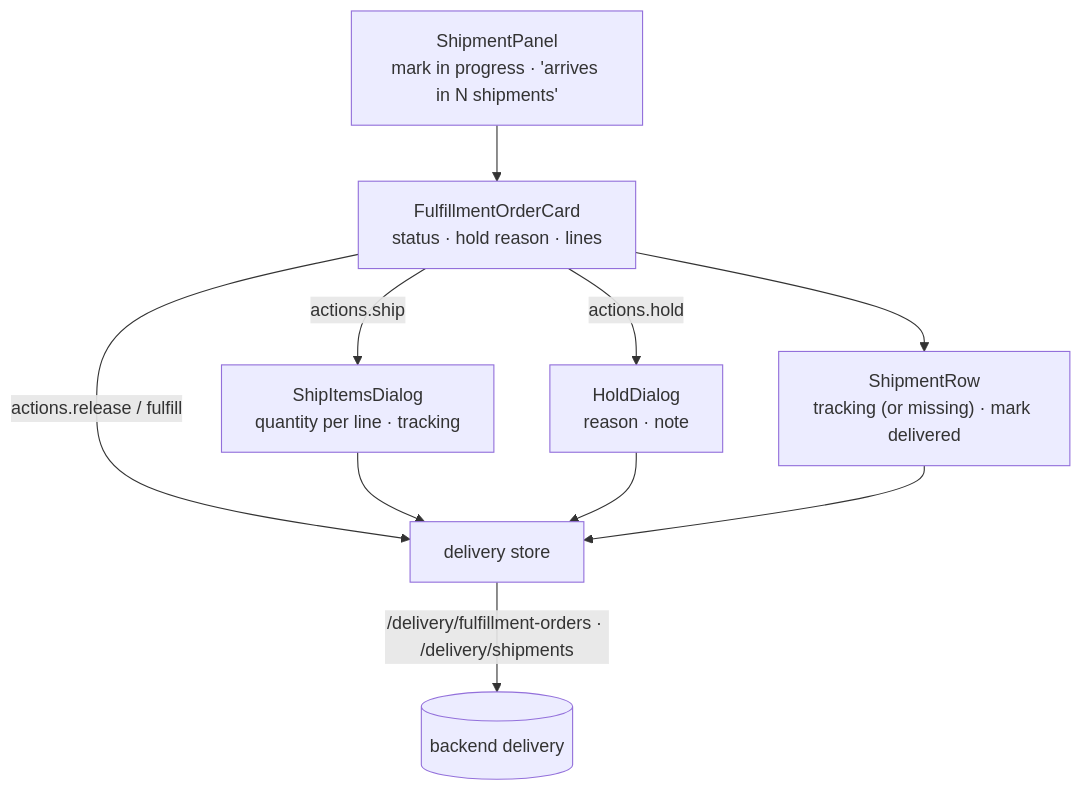
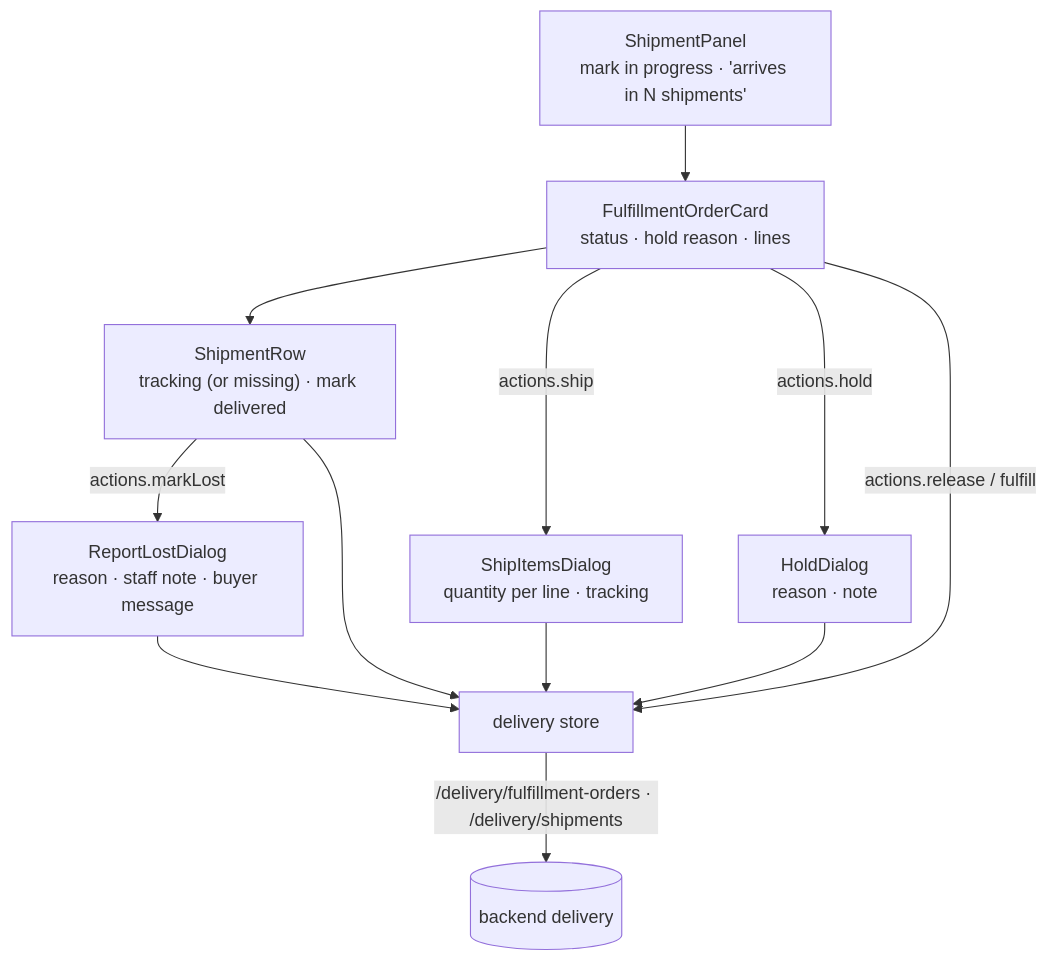
One commit to Guebbit/boilerplate-vue-frontend changed the diagram in docs/modules/delivery.md. Above: the diagram before and after it, drawn with Mermaid. The commit also changed other lines of this file and 44 other files, not shown here.

````diff
--- a/docs/modules/delivery.md
+++ b/docs/modules/delivery.md
@@ -64,12 +56,14 @@
 ```mermaid
 flowchart TD
     panel["ShipmentPanel<br/>mark in progress · 'arrives in N shipments'"] --> card["FulfillmentOrderCard<br/>status · hold reason · lines"]
     card --> row["ShipmentRow<br/>tracking (or missing) · mark delivered"]
     card -- "actions.ship" --> ship["ShipItemsDialog<br/>quantity per line · tracking"]
     card -- "actions.hold" --> hold["HoldDialog<br/>reason · note"]
     card -- "actions.release / fulfill" --> store
+    row -- "actions.markLost" --> lost["ReportLostDialog<br/>reason · staff note · buyer message"]
+    lost --> store
     ship --> store["delivery store"]
     hold --> store
     row --> store
     store -->|"/delivery/fulfillment-orders · /delivery/shipments"| api[("backend delivery")]
 ```
````
